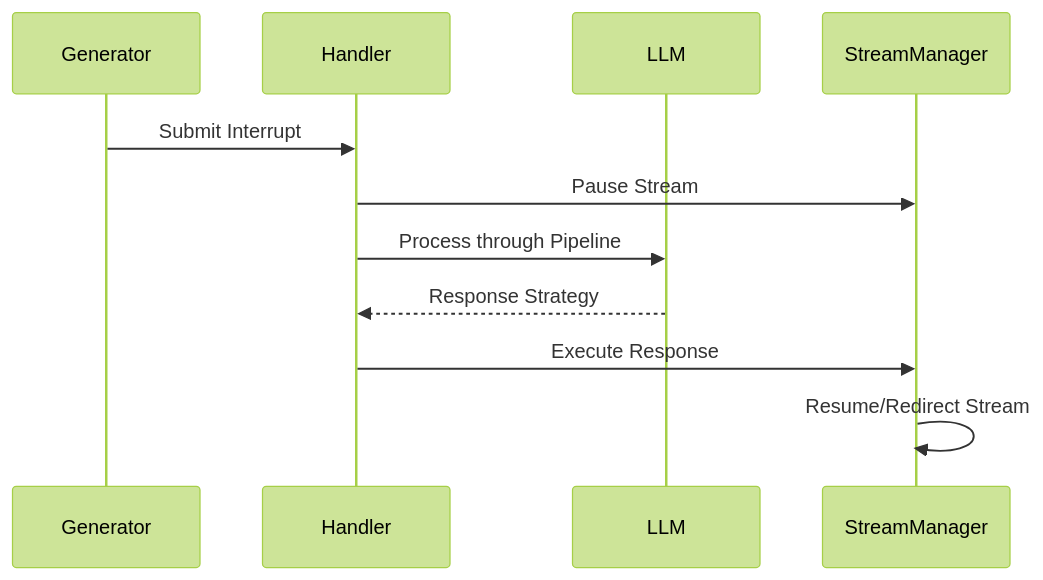
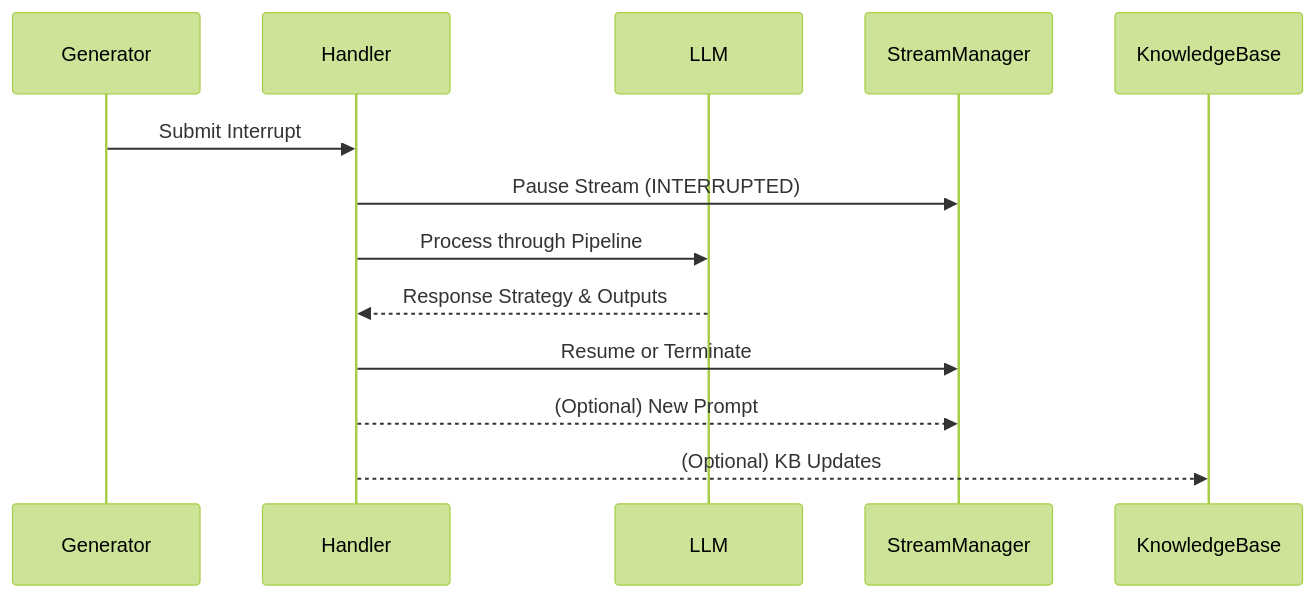
The diagram in doc/architecture/interrupt-mechanism.md (tisztamo/Meditator), drawn with Mermaid (forest theme) before and after one commit. The commit also changed other lines of this file and 23 other files, not shown here.

Commit message:
Websockets first scetch and architecture improvements

````diff
--- a/doc/architecture/interrupt-mechanism.md
+++ b/doc/architecture/interrupt-mechanism.md
@@ -59,14 +67,15 @@
 ```mermaid
 sequenceDiagram
     participant Generator
     participant Handler
     participant LLM
     participant StreamManager
     
     Generator->>Handler: Submit Interrupt
-    Handler->>StreamManager: Pause Stream
+    Handler->>StreamManager: Pause Stream (INTERRUPTED)
     Handler->>LLM: Process through Pipeline
-    LLM-->>Handler: Response Strategy
-    Handler->>StreamManager: Execute Response
-    StreamManager->>StreamManager: Resume/Redirect Stream
+    LLM-->>Handler: Response Strategy & Outputs
+    Handler->>StreamManager: Resume or Terminate
+    Handler-->>StreamManager: (Optional) New Prompt
+    Handler-->>KnowledgeBase: (Optional) KB Updates
 ```
````
